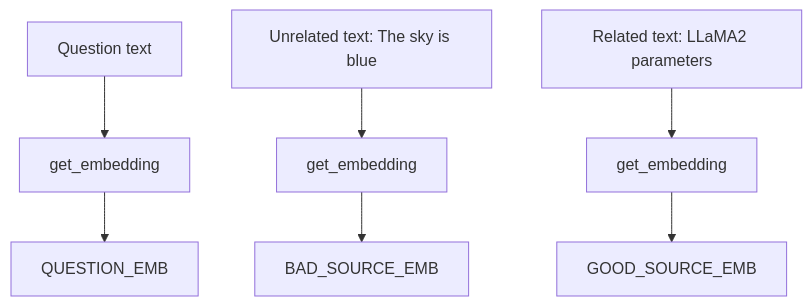
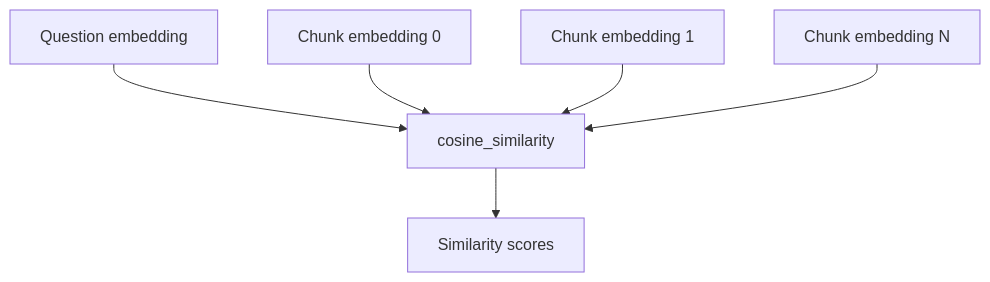
Before and after one commit to moslemajra85/knowlege_base_rag: the tenth of 14 diagrams in README.md, drawn with Mermaid. The commit also changed other lines of this file, not shown here.

````diff
--- a/README.md
+++ b/README.md
@@ -474,6 +473,8 @@
 ```mermaid
 flowchart TD
-    A[Question text] --> B[get_embedding] --> C[QUESTION_EMB]
-    D[Unrelated text: The sky is blue] --> E[get_embedding] --> F[BAD_SOURCE_EMB]
-    G[Related text: LLaMA2 parameters] --> H[get_embedding] --> I[GOOD_SOURCE_EMB]
+    A[Question embedding] --> D[cosine_similarity]
+    B[Chunk embedding 0] --> D
+    C[Chunk embedding 1] --> D
+    E[Chunk embedding N] --> D
+    D --> F[Similarity scores]
 ```
````
